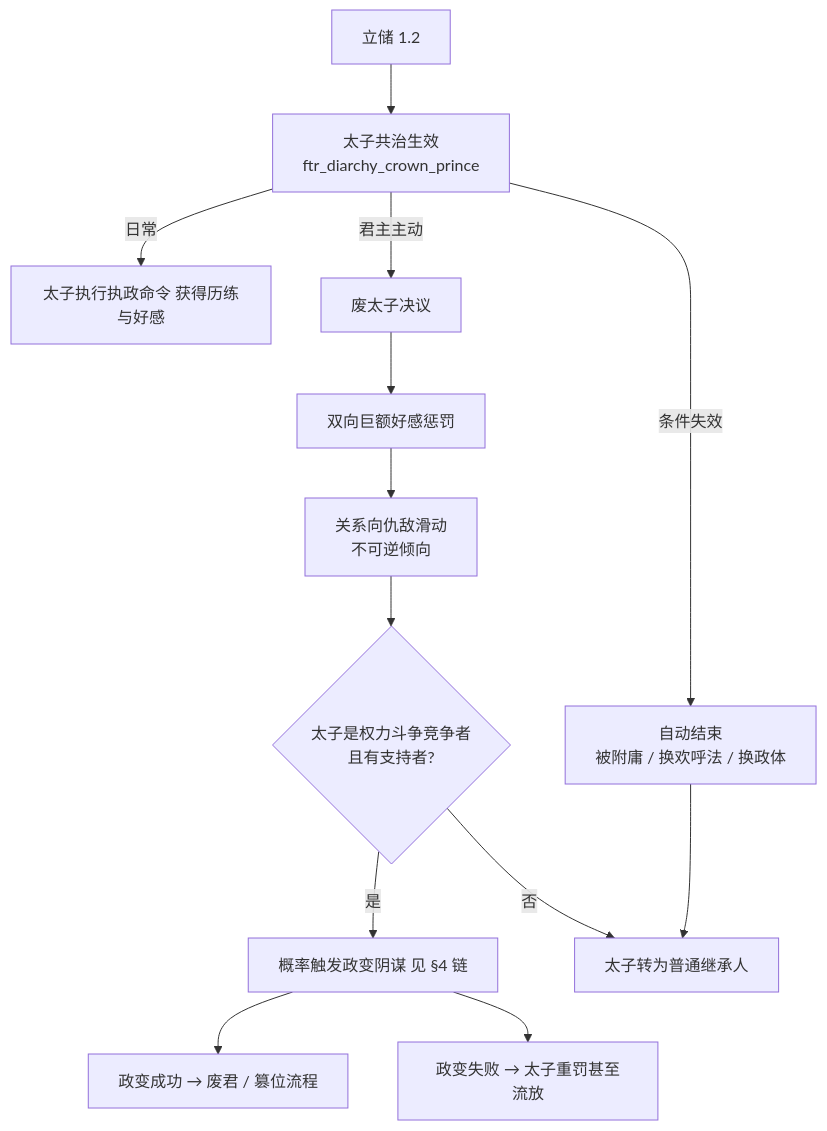
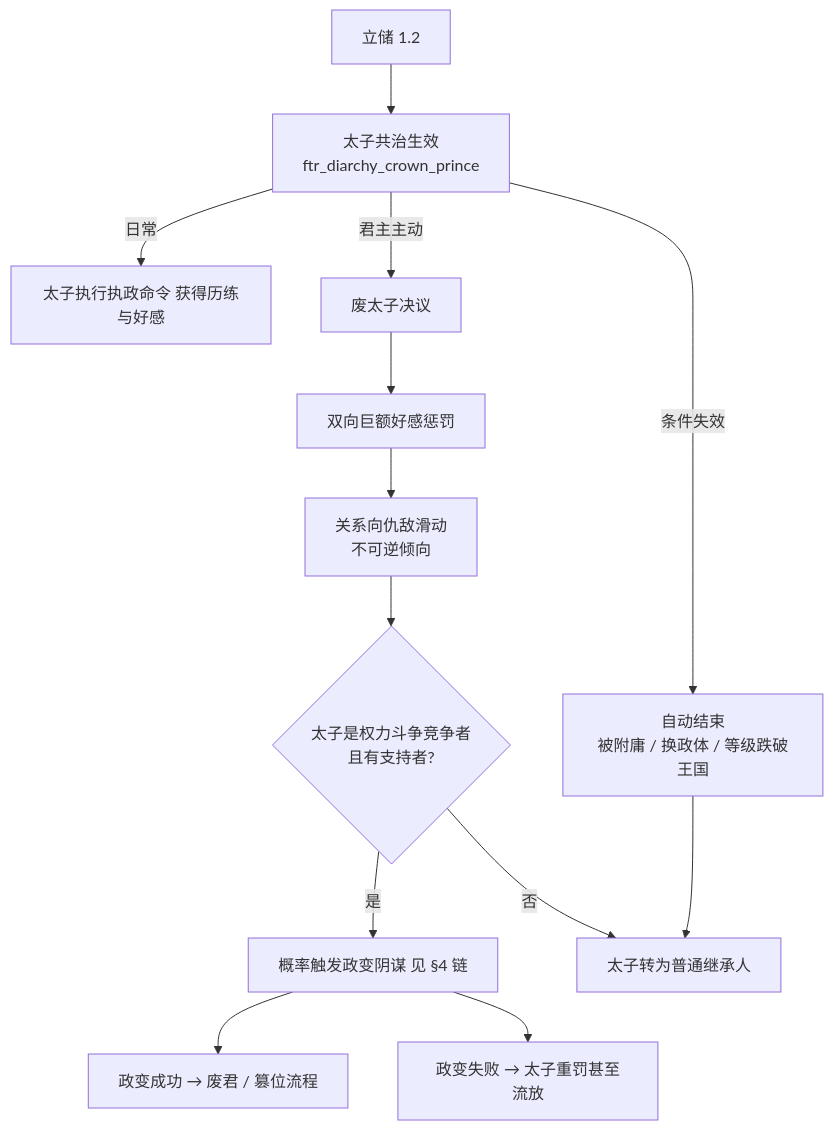
One commit to FeronCompany/ck3_for_the_realm changed the second of 4 diagrams in document/task_design/03-共治者机制强化设计.md. Above: the diagram before and after it, drawn with Mermaid. The commit also changed other lines of this file and 58 other files, not shown here.

````diff
--- a/document/task_design/03-共治者机制强化设计.md
+++ b/document/task_design/03-共治者机制强化设计.md
@@ -116,15 +126,15 @@
 ```mermaid
 flowchart TD
     S[立储 1.2] --> L[太子共治生效<br/>ftr_diarchy_crown_prince]
     L -->|日常| M[太子执行执政命令 获得历练与好感]
     L -->|君主主动| N[废太子决议]
-    L -->|条件失效| O[自动结束<br/>被附庸 / 换欢呼法 / 换政体]
+    L -->|条件失效| O[自动结束<br/>被附庸 / 换政体 / 等级跌破王国]
     N --> P[双向巨额好感惩罚]
     P --> Q[关系向仇敌滑动<br/>不可逆倾向]
     Q --> R{太子是权力斗争竞争者<br/>且有支持者?}
     R -- 是 --> U[概率触发政变阴谋 见 §4 链]
     R -- 否 --> V[太子转为普通继承人]
     O --> V
     U --> W[政变成功 → 废君 / 篡位流程]
     U --> X[政变失败 → 太子重罚甚至流放]
 ```
````
